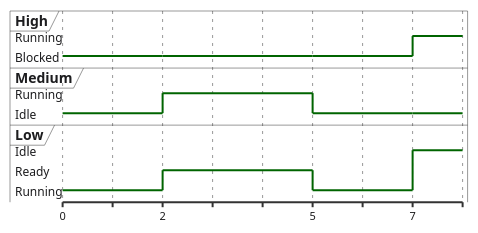
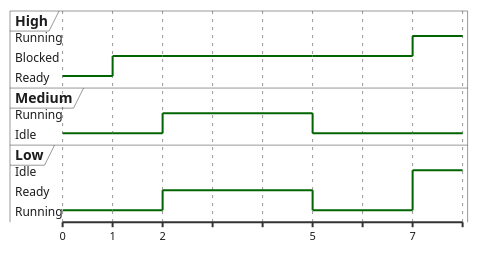
Before and after one commit to dantschi/echtzeitsysteme: diagram 11 of 14 in vorlesungen/01_was-ist-echtzeit.qmd, drawn with PlantUML. The commit also changed other lines of this file and 1 other file, not shown here.

````diff
--- a/vorlesungen/01_was-ist-echtzeit.qmd
+++ b/vorlesungen/01_was-ist-echtzeit.qmd
@@ -614,40 +930,45 @@
 ```{.plantuml}
 @startuml
 skinparam backgroundColor transparent
 skinparam defaultFontName "Inter, sans-serif"
 skinparam defaultFontColor #1D1D1F
 skinparam ArrowColor #86868B
 skinparam NoteBackgroundColor #F5F5F7
 skinparam NoteBorderColor #E5E5EA
 skinparam timing {
   BackgroundColor #FFFFFF
   BorderColor #E5E5EA
   LineColor #1D1D1F
   SignalColor #E2001A
 }
 
 robust "High" as H
 robust "Medium" as M
 robust "Low" as L
 
 @0
 L is Running
+H is Ready
+M is Idle
+
+@1
 H is Blocked
+L is Running
 M is Idle
 
 @2
 M is Running
 L is Ready
 H is Blocked
 
 @5
 L is Running
 M is Idle
 H is Blocked
 
 @7
 H is Running
 L is Idle
 M is Idle
 @enduml
 ```
````
